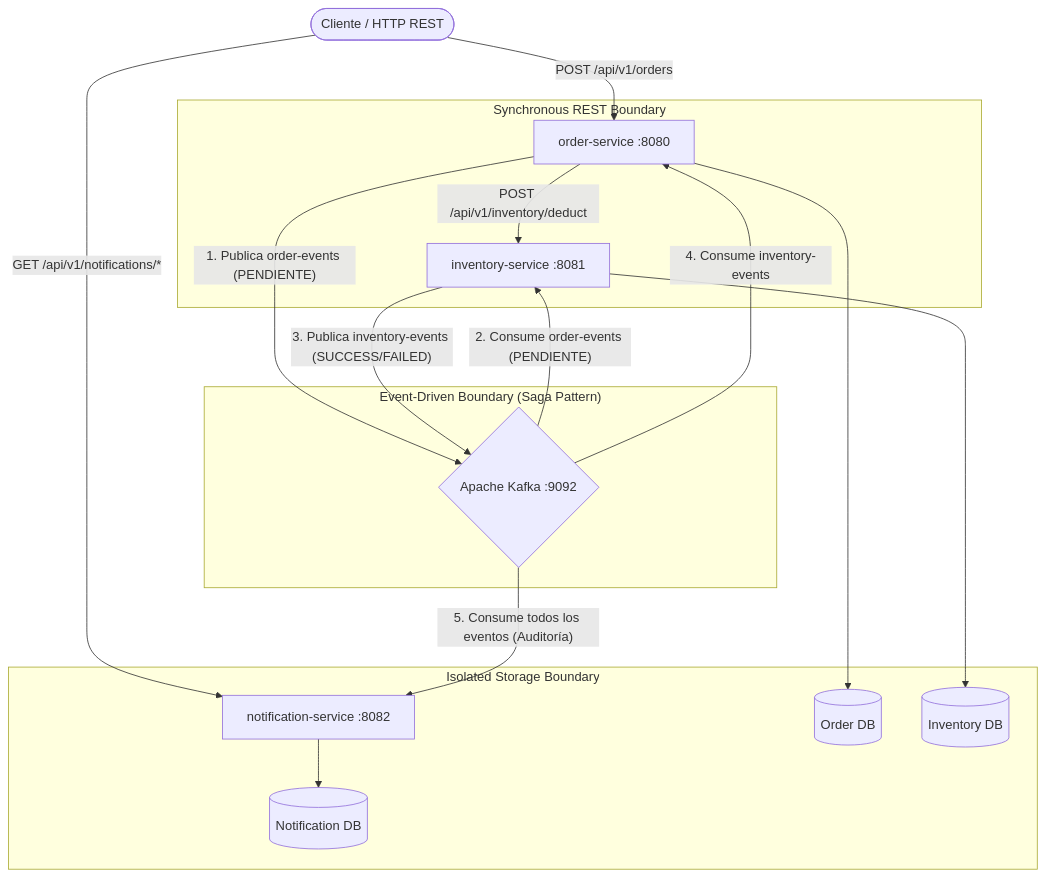
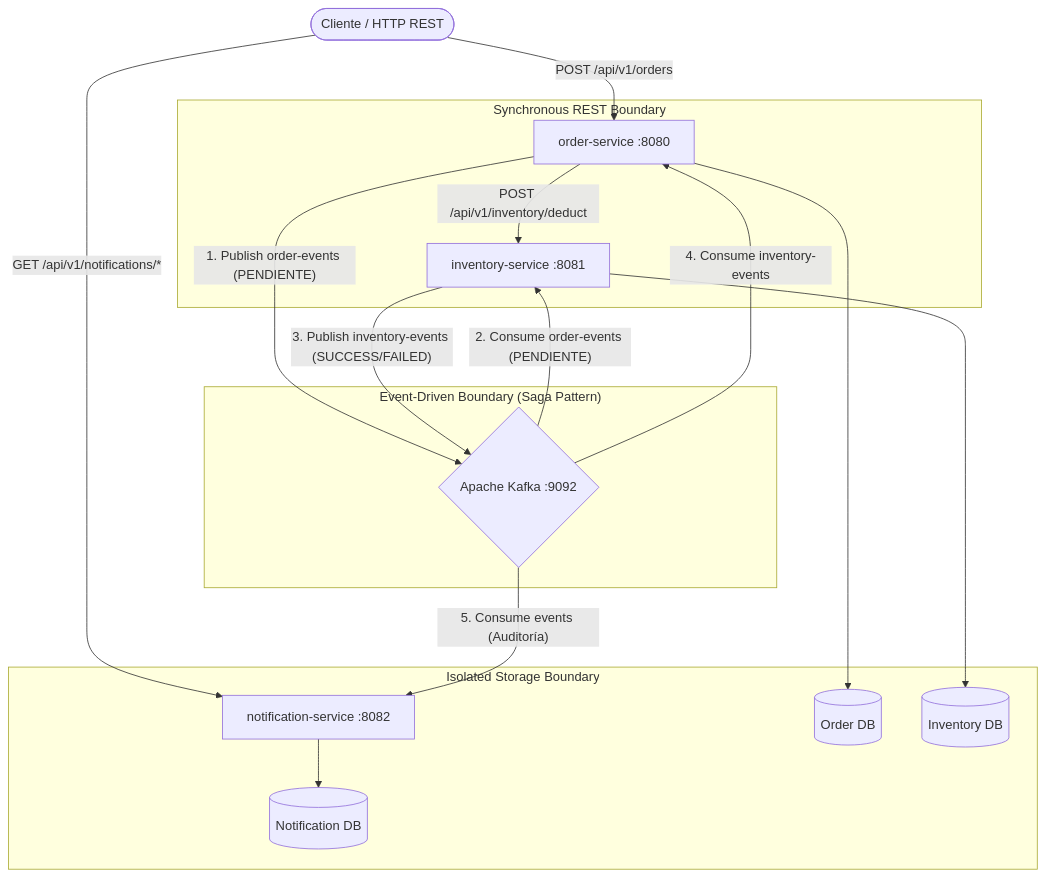
One commit to soniaGarcia/orderinvent-platform changed the first of 5 diagrams in architecture.md. Above: the diagram before and after it, drawn with Mermaid. The commit also changed other lines of this file, not shown here.

````diff
--- a/architecture.md
+++ b/architecture.md
@@ -28,23 +28,23 @@
 ```mermaid
 graph TD
     Client(["Cliente / HTTP REST"]) -->|"POST /api/v1/orders"| OrderSvc["order-service :8080"]
     Client -->|"GET /api/v1/notifications/*"| NotifSvc["notification-service :8082"]
     
     subgraph REST ["Synchronous REST Boundary"]
         OrderSvc -->|"POST /api/v1/inventory/deduct"| InvSvc["inventory-service :8081"]
     end
 
     subgraph Storage ["Isolated Storage Boundary"]
         OrderSvc --> DB_Order[("Order DB")]
         InvSvc --> DB_Inv[("Inventory DB")]
         NotifSvc --> DB_Notif[("Notification DB")]
     end
 
     subgraph Event ["Event-Driven Boundary (Saga Pattern)"]
-        OrderSvc -->|"1. Publica order-events (PENDIENTE)"| Kafka{"Apache Kafka :9092"}
+        OrderSvc -->|"1. Publish order-events (PENDIENTE)"| Kafka{"Apache Kafka :9092"}
         Kafka -->|"2. Consume order-events (PENDIENTE)"| InvSvc
-        InvSvc -->|"3. Publica inventory-events (SUCCESS/FAILED)"| Kafka
+        InvSvc -->|"3. Publish inventory-events (SUCCESS/FAILED)"| Kafka
         Kafka -->|"4. Consume inventory-events"| OrderSvc
-        Kafka -->|"5. Consume todos los eventos (Auditoría)"| NotifSvc
+        Kafka -->|"5. Consume events (Auditoría)"| NotifSvc
     end
 ```
````
